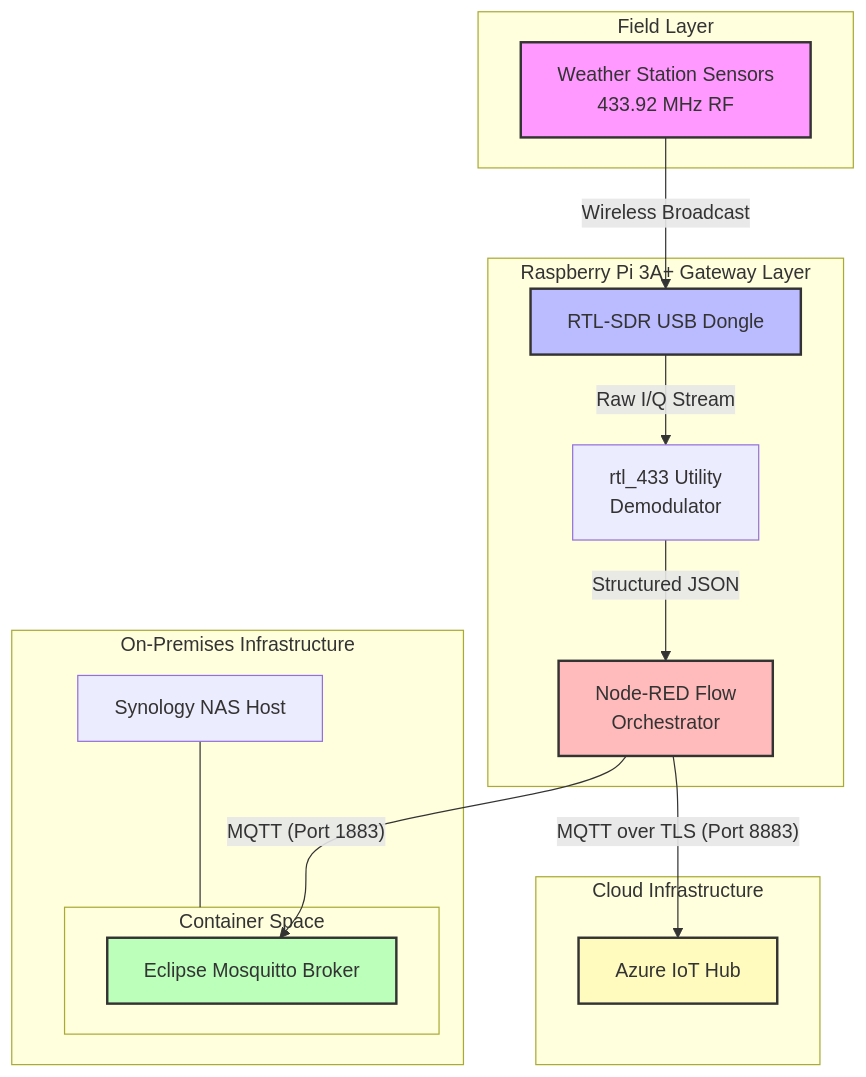
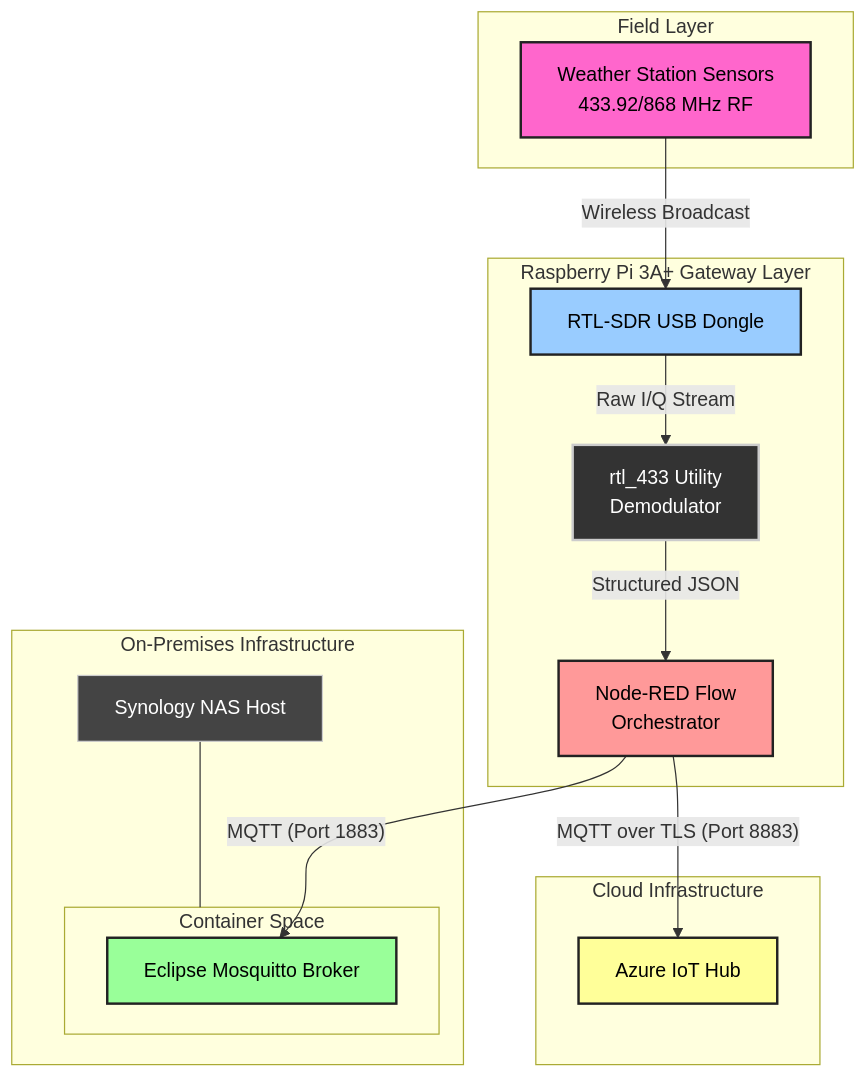
The diagram in README.md (dkazubek/SDRGateway), drawn with Mermaid before and after one commit. The commit also changed other lines of this file, not shown here.

Commit message:
document: Make diagram more readable.

````diff
--- a/README.md
+++ b/README.md
@@ -5,39 +5,42 @@
 ```mermaid
 graph TD
     subgraph Sensors [Field Layer]
-        WS[Weather Station Sensors<br/>433.92 MHz RF]
+        WS[Weather Station Sensors<br/>433.92/868 MHz RF]
     end
 
     subgraph Edge_Gateway [Raspberry Pi 3A+ Gateway Layer]
         SDR[RTL-SDR USB Dongle]
         RTL[rtl_433 Utility<br/>Demodulator]
         NR[Node-RED Flow<br/>Orchestrator]
 
         WS -- Wireless Broadcast --> SDR
         SDR -- Raw I/Q Stream --> RTL
         RTL -- Structured JSON --> NR
     end
 
     subgraph Local_Storage [On-Premises Infrastructure]
         NAS[Synology NAS Host]
         subgraph Docker_Engine [Container Space]
             MQ[Eclipse Mosquitto Broker]
         end
         NAS --- Docker_Engine
     end
 
     subgraph Cloud_Storage [Cloud Infrastructure]
         AZ[Azure IoT Hub]
     end
 
     %% Data Pipeline Paths
     NR -- "MQTT (Port 1883)" --> MQ
     NR -- "MQTT over TLS (Port 8883)" --> AZ
 
-    %% Styling
-    style WS fill:#f9f,stroke:#333,stroke-width:2px
-    style SDR fill:#bbf,stroke:#333,stroke-width:2px
-    style NR fill:#fbb,stroke:#333,stroke-width:2px
-    style MQ fill:#bfb,stroke:#333,stroke-width:2px
-    style AZ fill:#fffbbf,stroke:#333,stroke-width:2px
+    %% High-Contrast Styling Realignment
+    style WS fill:#ff66cc,stroke:#222,stroke-width:2px,color:#000000
+    style SDR fill:#99ccff,stroke:#222,stroke-width:2px,color:#000000
+    style RTL fill:#333333,stroke:#ccc,stroke-width:2px,color:#ffffff
+    style NR fill:#ff9999,stroke:#222,stroke-width:2px,color:#000000
+    style NAS fill:#444444,stroke:#ccc,stroke-width:1px,color:#ffffff
+    style MQ fill:#99ff99,stroke:#222,stroke-width:2px,color:#000000
+    style AZ fill:#ffff99,stroke:#222,stroke-width:2px,color:#000000
+
 ```
````
